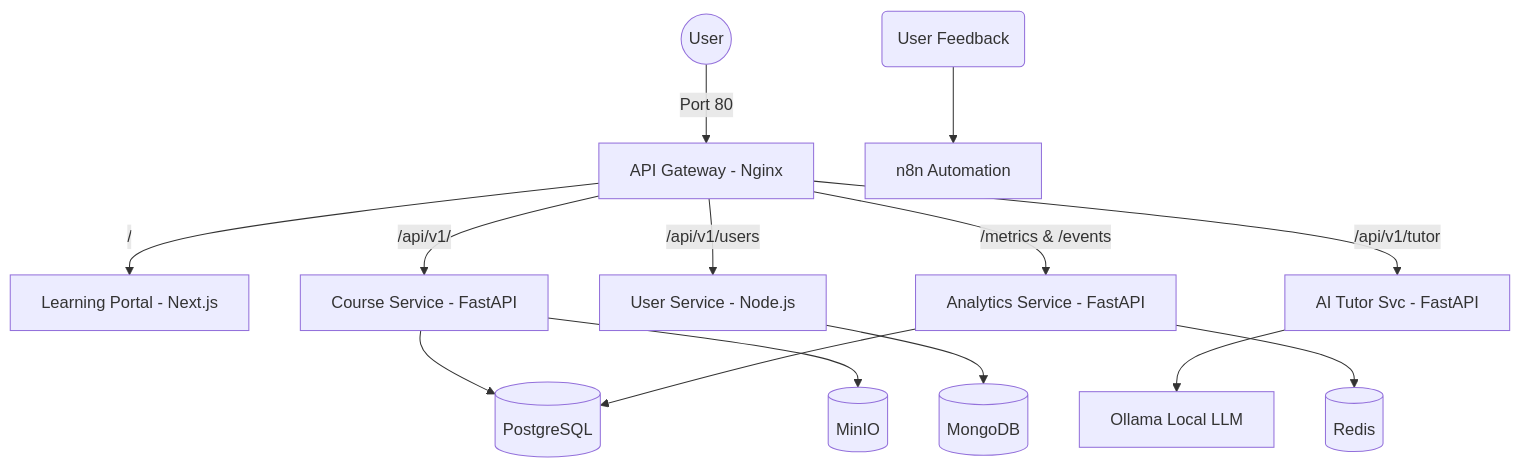
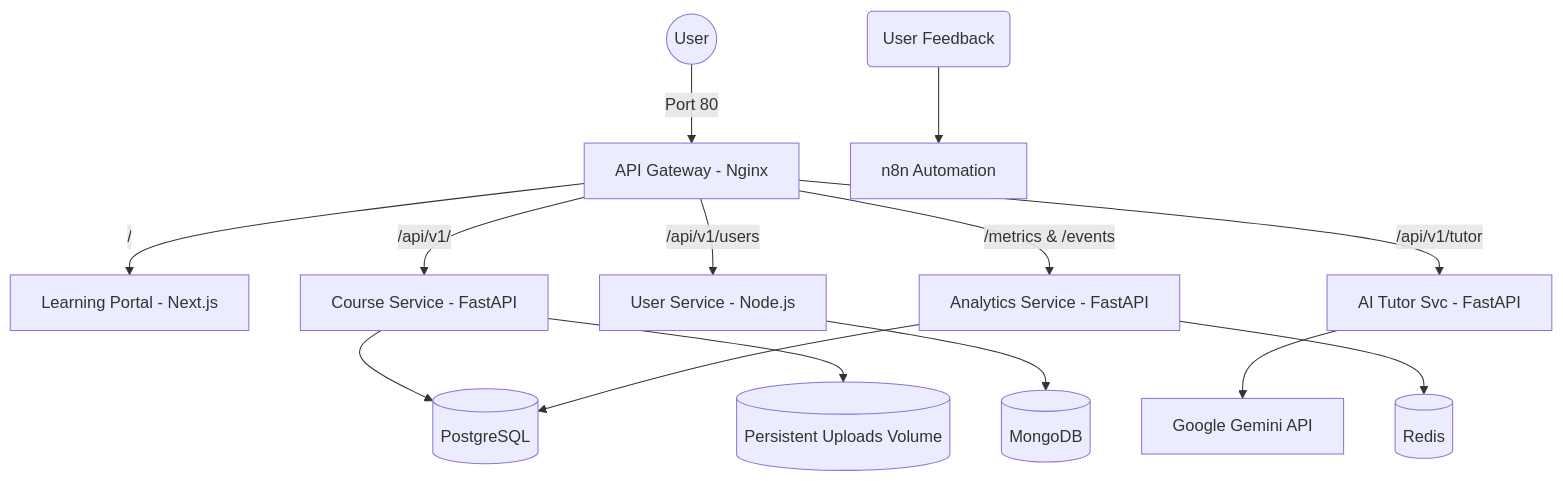
Before and after one commit to Sen-Se1/elearning-microservice-platform: the diagram in README.md, drawn with Mermaid. The commit also changed other lines of this file and 1 other file, not shown here.

Commit message:
refactor: migrate AI integration from local Ollama to Google Gemini API and update storage configurations

````diff
--- a/README.md
+++ b/README.md
@@ -9,19 +9,19 @@
 ```mermaid
 graph TD
     User((User)) -->|Port 80| Gateway[API Gateway - Nginx]
     Gateway -->|/| Frontend[Learning Portal - Next.js]
     Gateway -->|/api/v1/| CourseSvc[Course Service - FastAPI]
     Gateway -->|/api/v1/users| UserSvc[User Service - Node.js]
     Gateway -->|/api/v1/tutor| AITutorSvc[AI Tutor Svc - FastAPI]
     Gateway -->|/metrics & /events| AnalyticsSvc[Analytics Service - FastAPI]
     
     CourseSvc --> DB_PG[(PostgreSQL)]
     UserSvc --> DB_Mongo[(MongoDB)]
     AnalyticsSvc --> DB_PG
     
     AnalyticsSvc --> DB_Redis[(Redis)]
-    AITutorSvc --> Ollama[Ollama Local LLM]
-    CourseSvc --> DB_Minio[(MinIO)]
+    AITutorSvc --> Gemini[Google Gemini API]
+    CourseSvc --> DB_Uploads[(Persistent Uploads Volume)]
     
     Feedback(User Feedback) --> n8n[n8n Automation]
 ```
````
